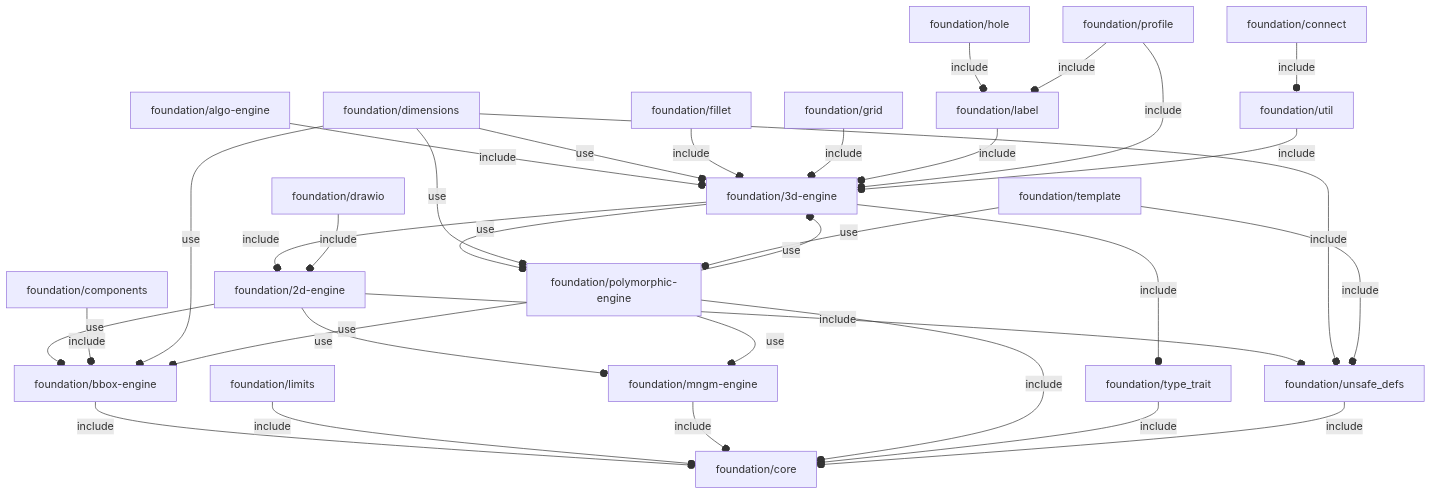
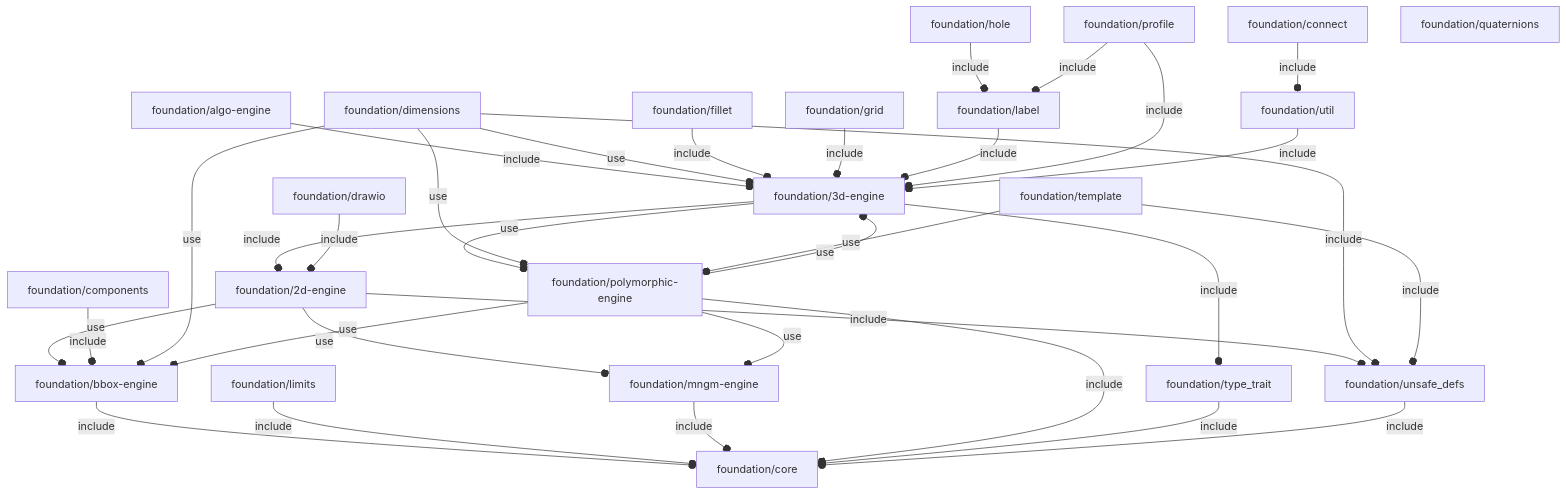
Before and after one commit to ggabbiani/OFL: the diagram in orthodocs/foundation/deps.md, drawn with Mermaid. The commit also changed 25 other files, not shown here.

````diff
--- a/orthodocs/foundation/deps.md
+++ b/orthodocs/foundation/deps.md
@@ -3,36 +3,37 @@
 ```mermaid
 graph TD
     A1[foundation/2d-engine] --o|include| A2[foundation/unsafe_defs]
     A1 --o|use| A3[foundation/bbox-engine]
     A1 --o|use| A4[foundation/mngm-engine]
     A5[foundation/3d-engine] --o|include| A1
     A5 --o|include| A6[foundation/type_trait]
     A5 --o|use| A7[foundation/polymorphic-engine]
     A8[foundation/algo-engine] --o|include| A5
     A3 --o|include| A9[foundation/core]
     A10[foundation/components] --o|include| A3
     A11[foundation/connect] --o|include| A12[foundation/util]
     A9
     A13[foundation/dimensions] --o|include| A2
     A13 --o|use| A5
     A13 --o|use| A3
     A13 --o|use| A7
     A14[foundation/drawio] --o|include| A1
     A15[foundation/fillet] --o|include| A5
     A16[foundation/grid] --o|include| A5
     A17[foundation/hole] --o|include| A18[foundation/label]
     A18 --o|include| A5
     A19[foundation/limits] --o|include| A9
     A4 --o|include| A9
     A7 --o|include| A9
     A7 --o|use| A5
     A7 --o|use| A3
     A7 --o|use| A4
     A20[foundation/profile] --o|include| A5
     A20 --o|include| A18
-    A21[foundation/template] --o|include| A2
-    A21 --o|use| A7
+    A21[foundation/quaternions]
+    A22[foundation/template] --o|include| A2
+    A22 --o|use| A7
     A6 --o|include| A9
     A2 --o|include| A9
     A12 --o|include| A5
 ```
````
